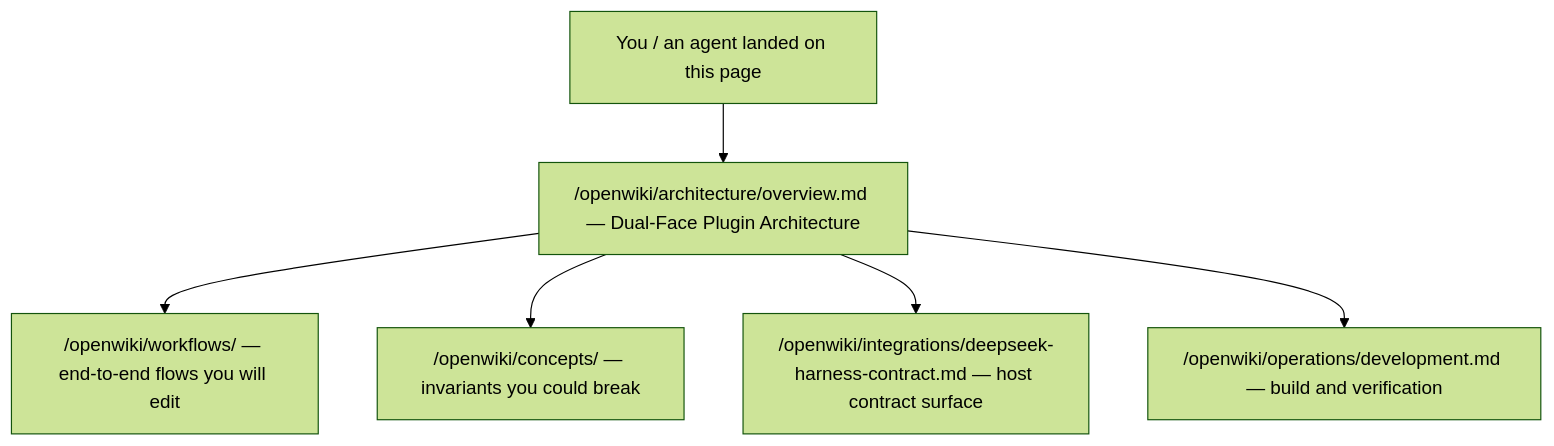
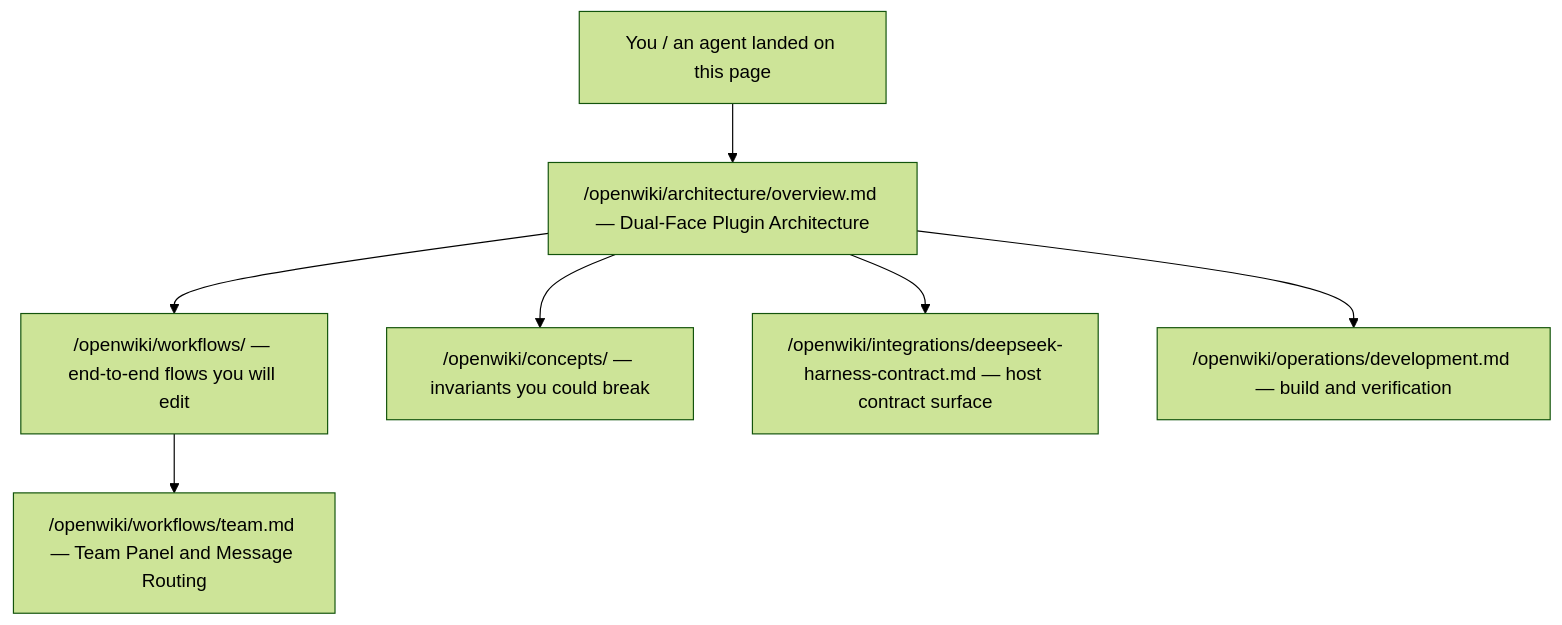
One commit to zw11591-sketch/dsh-pet-panel changed the diagram in openwiki/quickstart.md. Above: the diagram before and after it, drawn with Mermaid (forest theme). The commit also changed other lines of this file and 53 other files, not shown here.

````diff
--- a/openwiki/quickstart.md
+++ b/openwiki/quickstart.md
@@ -32,14 +32,16 @@
 ```mermaid
 flowchart TD
     start["You / an agent landed on this page"]
     ov["/openwiki/architecture/overview.md — Dual-Face Plugin Architecture"]
     wf["/openwiki/workflows/ — end-to-end flows you will edit"]
+    tm["/openwiki/workflows/team.md — Team Panel and Message Routing"]
     cf["/openwiki/concepts/ — invariants you could break"]
     integ["/openwiki/integrations/deepseek-harness-contract.md — host contract surface"]
     ops["/openwiki/operations/development.md — build and verification"]
     start --> ov
     ov --> wf
+    wf --> tm
     ov --> cf
     ov --> integ
     ov --> ops
 ```
````
